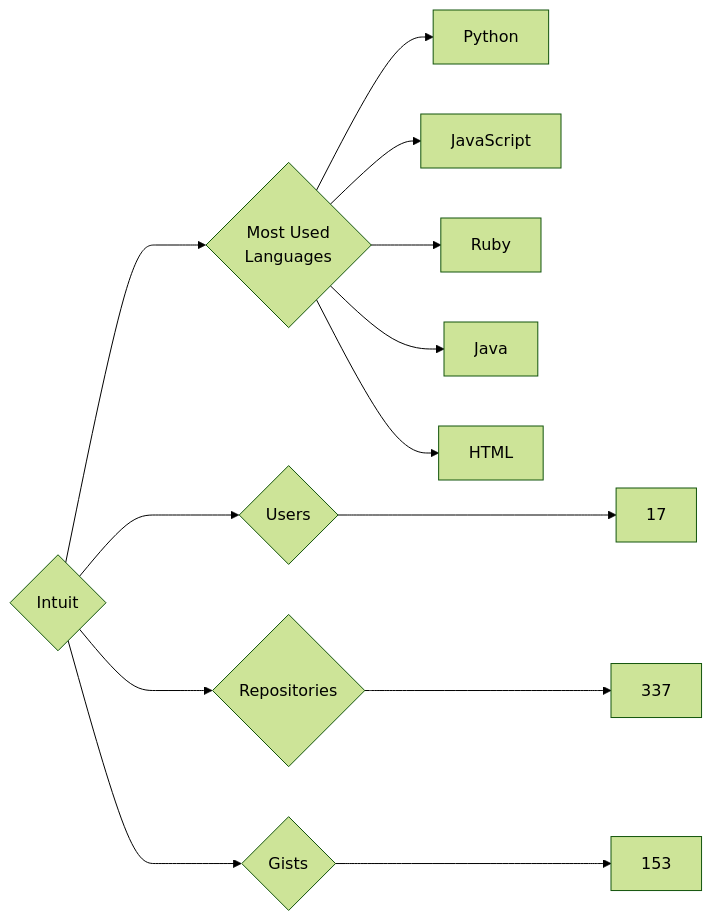
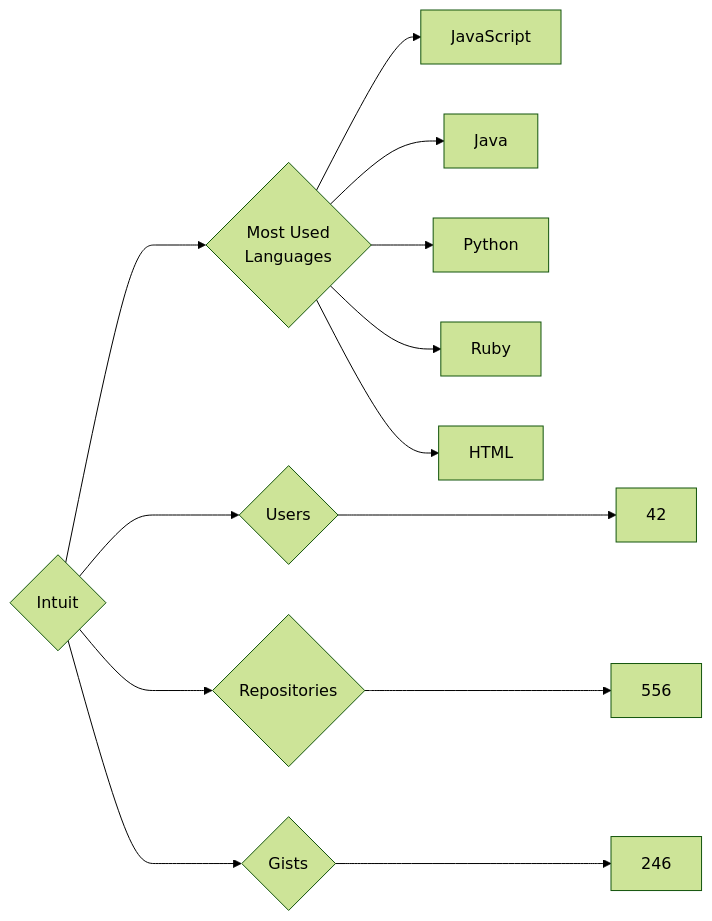
One commit to trickest/insiders changed the diagram in targets/Intuit/README.md. Above: the diagram before and after it, drawn with Mermaid (forest theme). The commit also changed 782 other files, not shown here.

````diff
--- a/targets/Intuit/README.md
+++ b/targets/Intuit/README.md
@@ -3,13 +3,13 @@
 ```mermaid
 graph LR
 COMPANY_NAME{Intuit}
-COMPANY_NAME ---> U{Users} ---> UN[17]
-COMPANY_NAME ---> R{Repositories} ---> RN[337]
-COMPANY_NAME ---> G{Gists} ---> GN[153]
+COMPANY_NAME ---> U{Users} ---> UN[42]
+COMPANY_NAME ---> R{Repositories} ---> RN[556]
+COMPANY_NAME ---> G{Gists} ---> GN[246]
 COMPANY_NAME ---> ML{Most Used<br>Languages}
+ML --> JavaScript[JavaScript]
+ML --> Java[Java]
 ML --> Python[Python]
-ML --> JavaScript[JavaScript]
 ML --> Ruby[Ruby]
-ML --> Java[Java]
 ML --> HTML[HTML]
 ```
````
